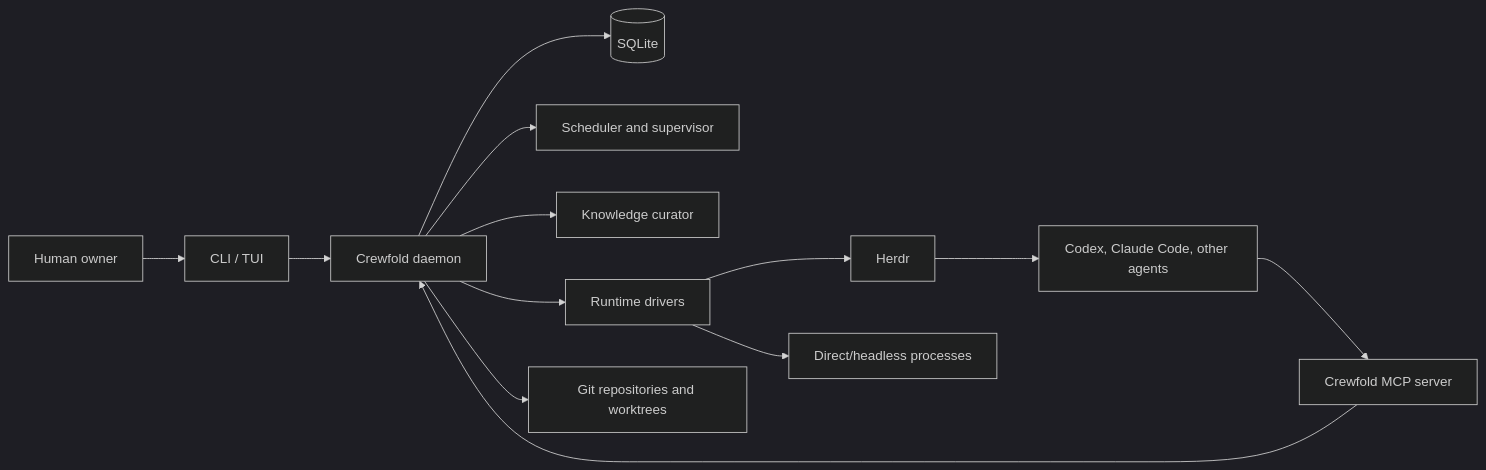
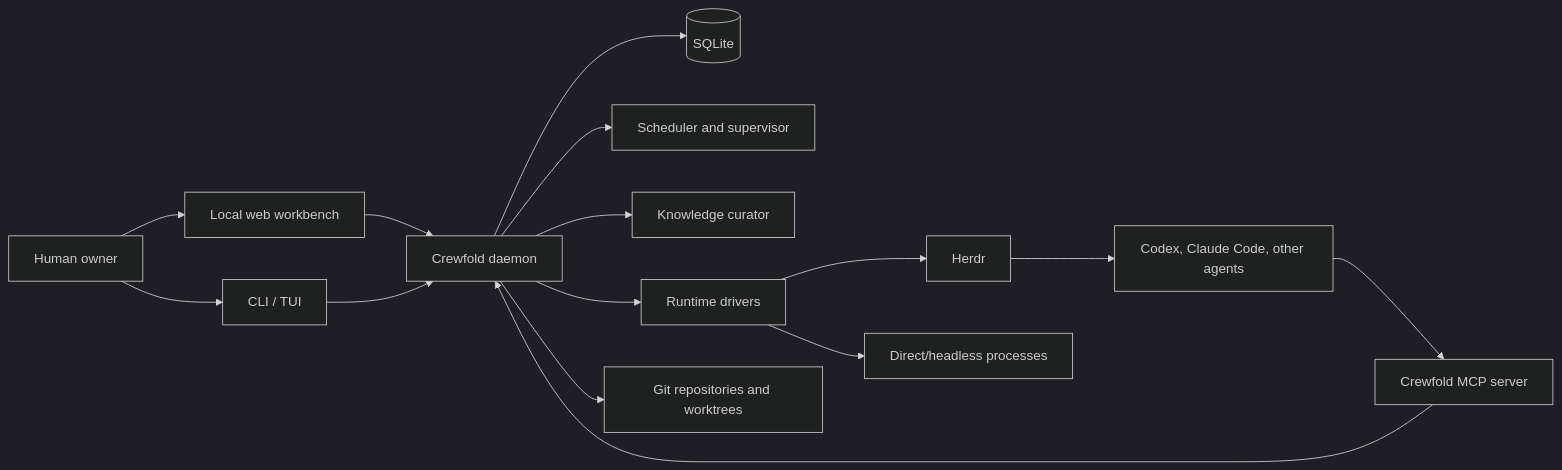
The diagram in README.md (SvetlozarValchev/crewfold), drawn with Mermaid (dark theme) before and after one commit. The commit also changed other lines of this file and 51 other files, not shown here.

Commit message:
feat: start M21 local web workbench

````diff
--- a/README.md
+++ b/README.md
@@ -139,15 +143,17 @@
 ```mermaid
 flowchart LR
-    Human[Human owner] --> CLI[CLI / TUI]
+    Human[Human owner] --> Web[Local web workbench]
+    Human --> CLI[CLI / TUI]
     Agents[Codex, Claude Code, other agents] --> MCP[Crewfold MCP server]
-    CLI --> Daemon[Crewfold daemon]
+    Web --> Daemon[Crewfold daemon]
+    CLI --> Daemon
     MCP --> Daemon
     Daemon --> Store[(SQLite)]
     Daemon --> Scheduler[Scheduler and supervisor]
     Daemon --> Knowledge[Knowledge curator]
     Daemon --> Runtime[Runtime drivers]
     Runtime --> Herdr[Herdr]
     Runtime --> Direct[Direct/headless processes]
     Herdr --> Agents
     Daemon --> Git[Git repositories and worktrees]
 ```
````
